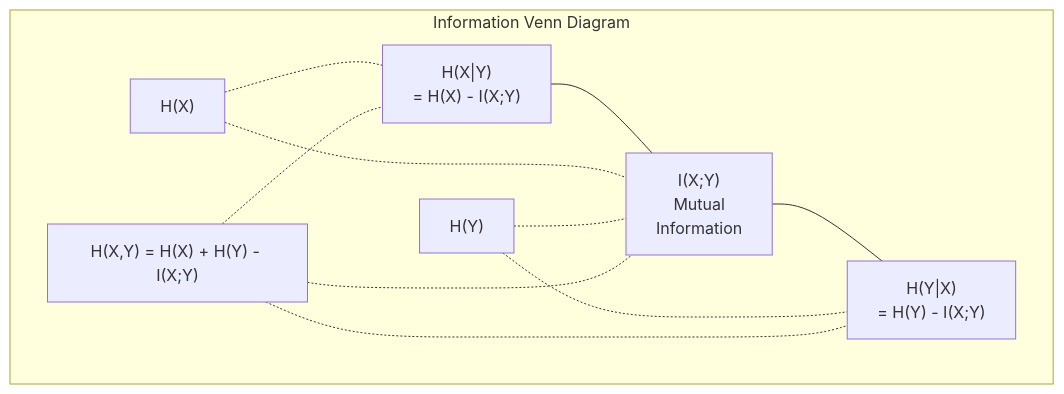
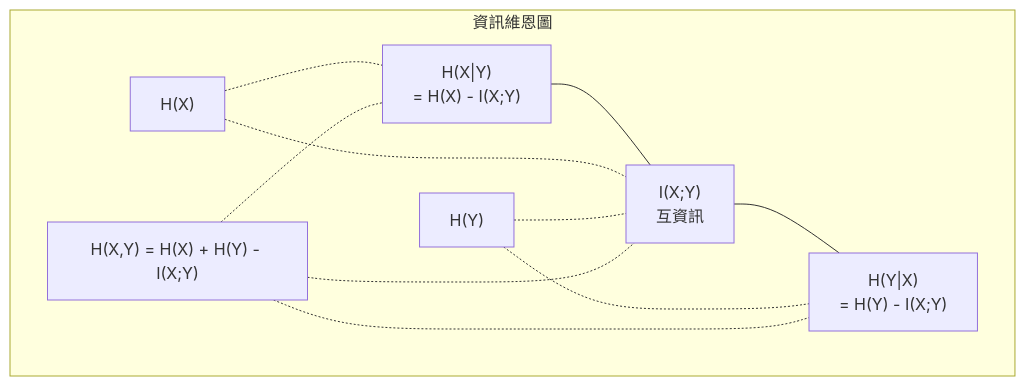
One commit to edward821220/ai-engineering-from-scratch changed the diagram in i18n/zh-TW/phases/01-math-foundations/09-information-theory/docs/zh-TW.md. Above: the diagram before and after it, drawn with Mermaid. The commit also changed 123 other files, not shown here.

````diff
--- a/i18n/zh-TW/phases/01-math-foundations/09-information-theory/docs/zh-TW.md
+++ b/i18n/zh-TW/phases/01-math-foundations/09-information-theory/docs/zh-TW.md
@@ -146,22 +146,22 @@
 ```mermaid
 graph TD
-    subgraph "Information Venn Diagram"
+    subgraph "資訊維恩圖"
         direction LR
         HX["H(X)"]
         HY["H(Y)"]
-        MI["I(X;Y)<br/>Mutual<br/>Information"]
+        MI["I(X;Y)<br/>互資訊"]
         HXgY["H(X|Y)<br/>= H(X) - I(X;Y)"]
         HYgX["H(Y|X)<br/>= H(Y) - I(X;Y)"]
         HXY["H(X,Y) = H(X) + H(Y) - I(X;Y)"]
     end
 
     HXgY --- MI
     MI --- HYgX
     HX -.- HXgY
     HX -.- MI
     HY -.- MI
     HY -.- HYgX
     HXY -.- HXgY
     HXY -.- MI
     HXY -.- HYgX
 ```
````
